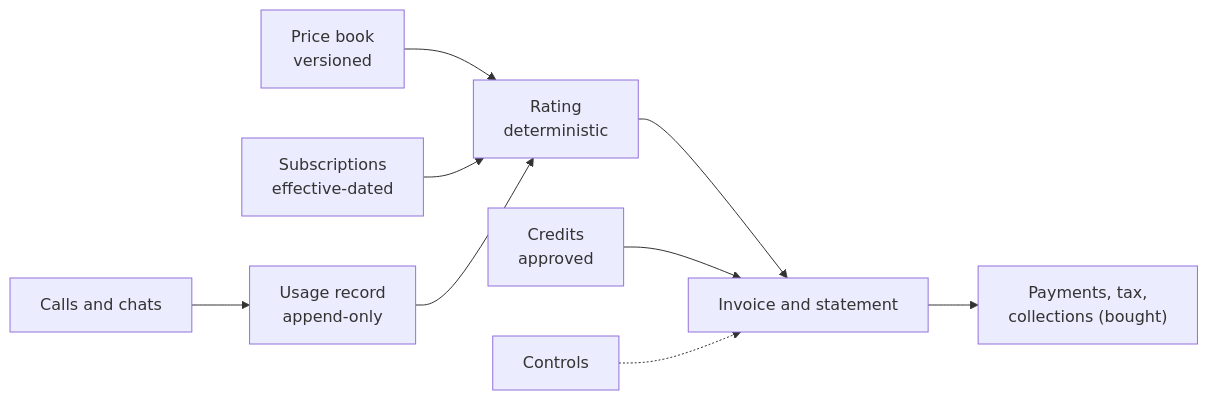
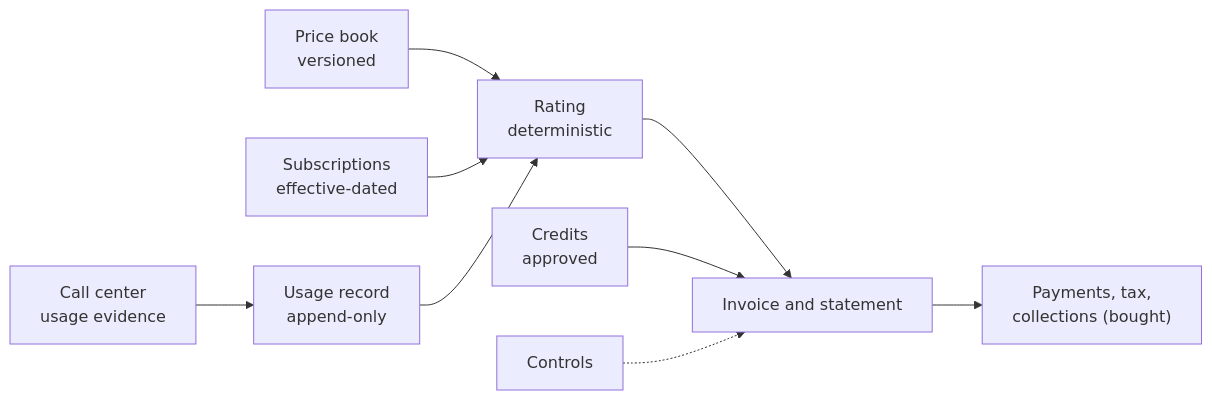
The diagram in docs/rfc/003_billing_on_value.md (cthomas76c5h/leads-integration), drawn with Mermaid before and after one commit. The commit also changed other lines of this file and 40 other files, not shown here.

````diff
--- a/docs/rfc/003_billing_on_value.md
+++ b/docs/rfc/003_billing_on_value.md
@@ -132,10 +132,10 @@
 ```mermaid
 flowchart LR
-  C["Calls and chats"] --> U["Usage record<br/>append-only"]
+  C["Call center<br/>usage evidence"] --> U["Usage record<br/>append-only"]
   P["Price book<br/>versioned"] --> R["Rating<br/>deterministic"]
   S["Subscriptions<br/>effective-dated"] --> R
   U --> R --> I["Invoice and statement"]
   A["Credits<br/>approved"] --> I
   K["Controls"] -.-> I
   I --> B["Payments, tax,<br/>collections (bought)"]
 ```
````
